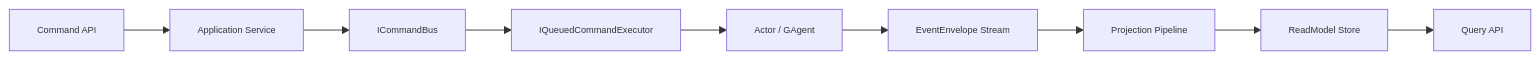
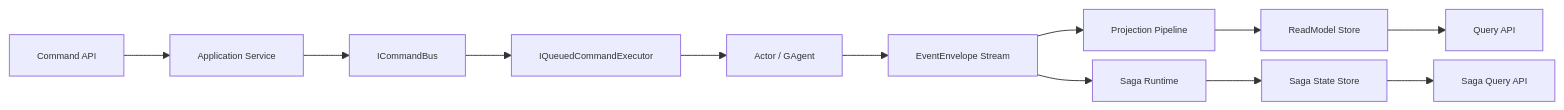
The fourth of 5 diagrams in docs/PROJECT_ARCHITECTURE.md (aevatarAI/aevatar), drawn with Mermaid before and after one commit. The commit also changed other lines of this file and 112 other files, not shown here.

First line of the commit message:
Enhance Aevatar architecture with Saga support and CI improvements

````diff
--- a/docs/PROJECT_ARCHITECTURE.md
+++ b/docs/PROJECT_ARCHITECTURE.md
@@ -71,6 +75,9 @@
 ```mermaid
 %%{init: {"maxTextSize": 100000, "flowchart": {"useMaxWidth": false, "nodeSpacing": 10, "rankSpacing": 50}, "themeVariables": {"fontSize": "10px"}}}%%
 flowchart LR
     C["Command API"] --> APP["Application Service"] --> BUS["ICommandBus"] --> EXEC["IQueuedCommandExecutor"] --> ACT["Actor / GAgent"]
     ACT --> EVT["EventEnvelope Stream"] --> PROJ["Projection Pipeline"] --> RM["ReadModel Store"] --> Q["Query API"]
+    EVT --> SAGA["Saga Runtime"]
+    SAGA --> SS["Saga State Store"]
+    SS --> SQ["Saga Query API"]
 ```
````
